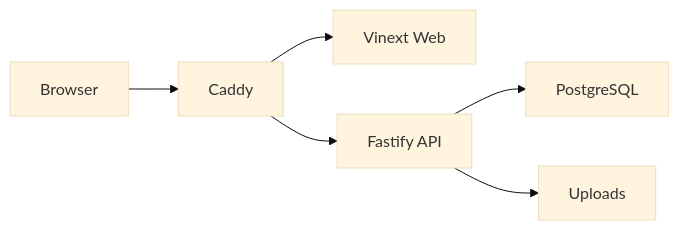
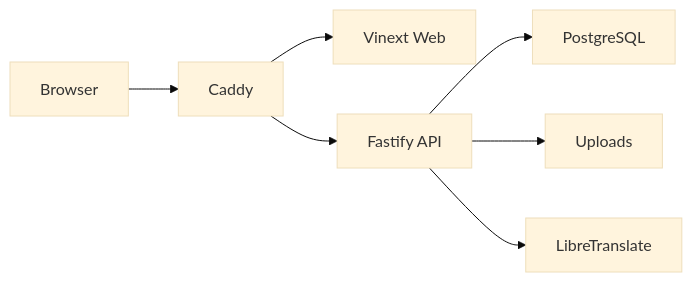
The diagram in README.md (YuanChu0512/Mozelle-Archive), drawn with Mermaid (base theme) before and after one commit. The commit also changed other lines of this file and 7 other files, not shown here.

````diff
--- a/README.md
+++ b/README.md
@@ -29,8 +30,9 @@
 ```mermaid
 graph LR
   A[Browser] --> B[Caddy]
   B --> C[Vinext Web]
   B --> D[Fastify API]
   D --> E[PostgreSQL]
   D --> F[Uploads]
+  D --> G[LibreTranslate]
 ```
````
